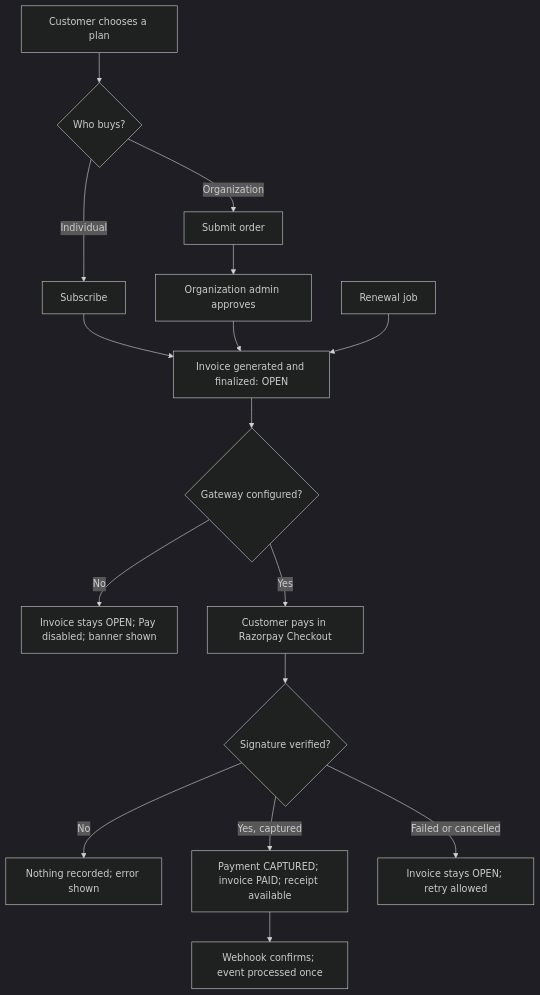
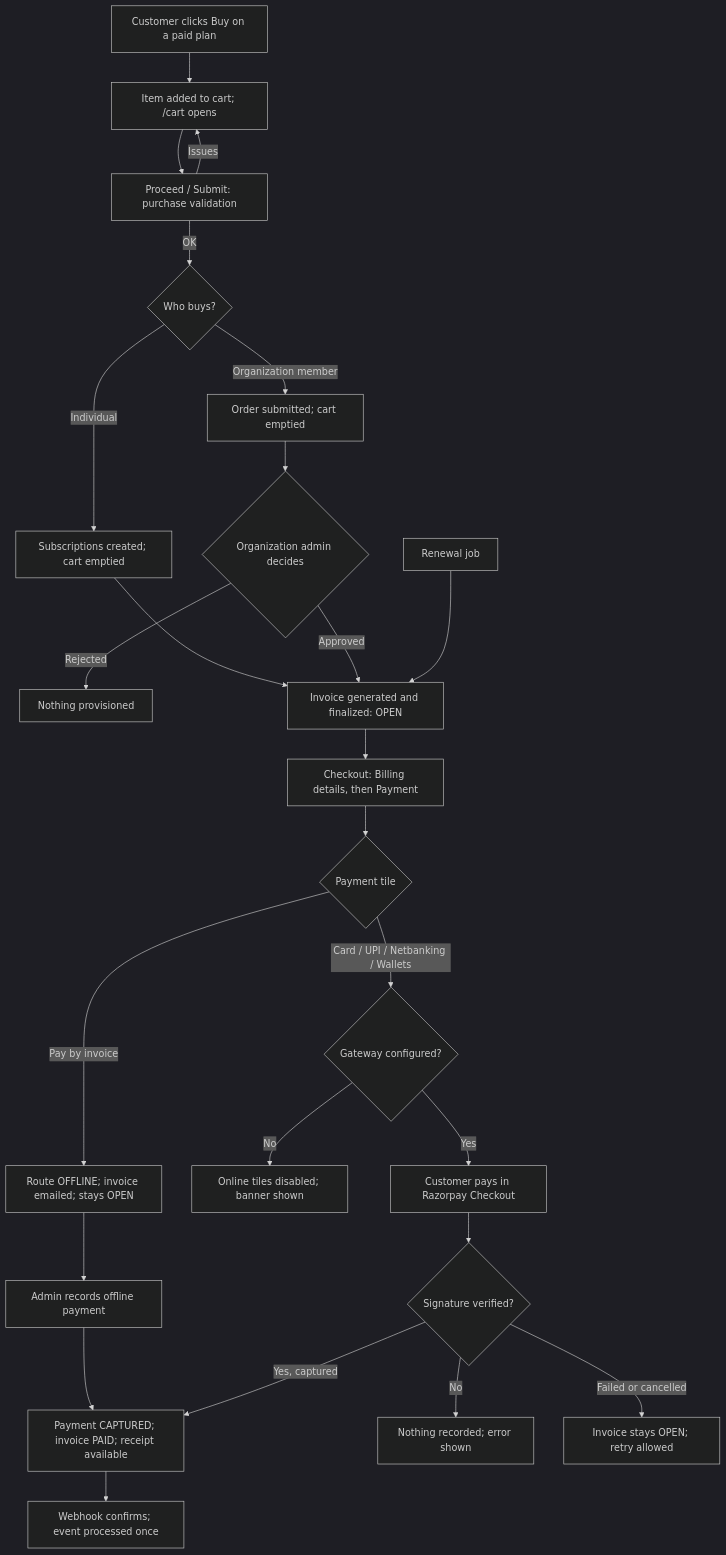
The diagram in docs/04-workflows/purchase-to-payment.md (evyoog/Enterprise-Intelligence-Suite), drawn with Mermaid (dark theme) before and after one commit. The commit also changed other lines of this file and 24 other files, not shown here.

First line of the commit message:
docs(cart,billing): REQ-MKT-003 cart and checkout, checkout redesign, C56-C59 (Draft)

````diff
--- a/docs/04-workflows/purchase-to-payment.md
+++ b/docs/04-workflows/purchase-to-payment.md
@@ -5,17 +5,25 @@
 ```mermaid
 flowchart TD
-    A[Customer chooses a plan] --> B{Who buys?}
-    B -- Individual --> C[Subscribe]
-    B -- Organization --> D[Submit order] --> E[Organization admin approves]
+    A[Customer clicks Buy on a paid plan] --> A1[Item added to cart; /cart opens]
+    A1 --> A2[Proceed / Submit: purchase validation]
+    A2 -- Issues --> A1
+    A2 -- OK --> B{Who buys?}
+    B -- Individual --> C[Subscriptions created; cart emptied]
+    B -- Organization member --> D[Order submitted; cart emptied] --> E{Organization admin decides}
+    E -- Rejected --> E1[Nothing provisioned]
     C --> F[Invoice generated and finalized: OPEN]
-    E --> F
-    F --> G{Gateway configured?}
-    G -- No --> H[Invoice stays OPEN; Pay disabled; banner shown]
+    E -- Approved --> F
+    F --> CK[Checkout: Billing details, then Payment]
+    CK --> P{Payment tile}
+    P -- Pay by invoice --> OF[Route OFFLINE; invoice emailed; stays OPEN]
+    OF --> OR[Admin records offline payment] --> L
+    P -- Card / UPI / Netbanking / Wallets --> G{Gateway configured?}
+    G -- No --> H[Online tiles disabled; banner shown]
     G -- Yes --> I[Customer pays in Razorpay Checkout]
     I --> J{Signature verified?}
     J -- No --> K[Nothing recorded; error shown]
     J -- Yes, captured --> L[Payment CAPTURED; invoice PAID; receipt available]
     J -- Failed or cancelled --> M[Invoice stays OPEN; retry allowed]
     L --> N[Webhook confirms; event processed once]
     O[Renewal job] --> F
 ```
````
